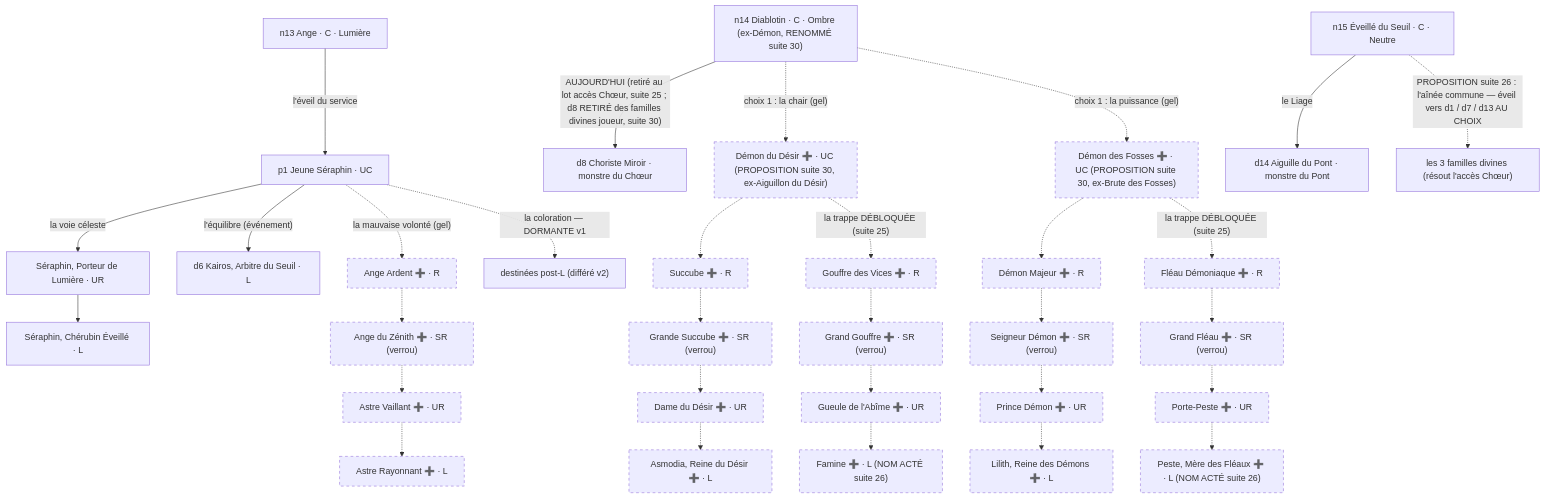
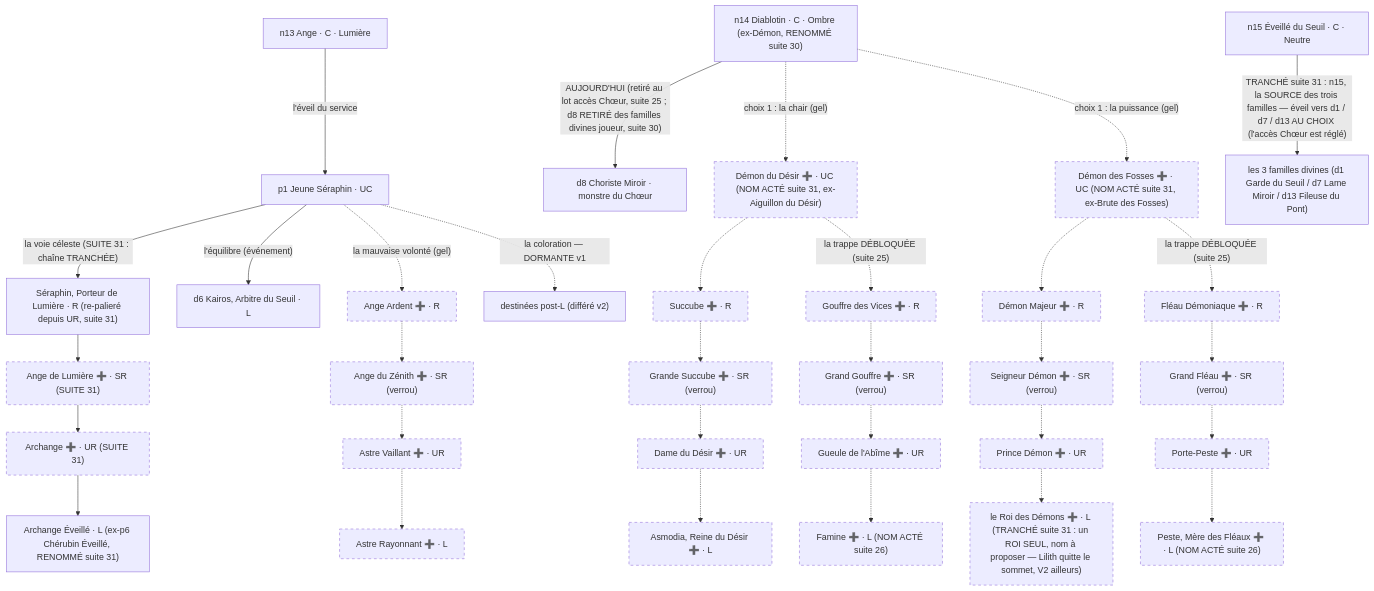
The sixth of 15 diagrams in docs/design/design-arbres-v18.md (mobize191/aicg-lignees), drawn with Mermaid before and after one commit. The commit also changed other lines of this file and 5 other files, not shown here.

````diff
--- a/docs/design/design-arbres-v18.md
+++ b/docs/design/design-arbres-v18.md
@@ -416,35 +429,36 @@
 ```mermaid
 flowchart TD
   N13["n13 Ange · C · Lumière"] -->|"l'éveil du service"| P1["p1 Jeune Séraphin · UC"]
-  P1 -->|"la voie céleste"| P5["Séraphin, Porteur de Lumière · UR"]
-  P5 --> P6["Séraphin, Chérubin Éveillé · L"]
+  P1 -->|"la voie céleste (SUITE 31 : chaîne TRANCHÉE)"| P5["Séraphin, Porteur de Lumière · R (re-palieré depuis UR, suite 31)"]
+  P5 --> AL1["Ange de Lumière ➕ · SR (SUITE 31)"]
+  AL1 --> AR1["Archange ➕ · UR (SUITE 31)"]
+  AR1 --> P6["Archange Éveillé · L (ex-p6 Chérubin Éveillé, RENOMMÉ suite 31)"]
   P1 -->|"l'équilibre (événement)"| D6["d6 Kairos, Arbitre du Seuil · L"]
   P1 -.->|"la mauvaise volonté (gel)"| AA1["Ange Ardent ➕ · R"]
   P1 -.->|"la coloration — DORMANTE v1"| X1["destinées post-L (différé v2)"]
   AA1 -.-> AA2["Ange du Zénith ➕ · SR (verrou)"]
   AA2 -.-> AA3["Astre Vaillant ➕ · UR"]
   AA3 -.-> AA4["Astre Rayonnant ➕ · L"]
   N14["n14 Diablotin · C · Ombre (ex-Démon, RENOMMÉ suite 30)"] -->|"AUJOURD'HUI (retiré au lot accès Chœur, suite 25 ; d8 RETIRÉ des familles divines joueur, suite 30)"| D8["d8 Choriste Miroir · monstre du Chœur"]
-  N14 -.->|"choix 1 : la chair (gel)"| DA1["Démon du Désir ➕ · UC (PROPOSITION suite 30, ex-Aiguillon du Désir)"]
-  N14 -.->|"choix 1 : la puissance (gel)"| DB1["Démon des Fosses ➕ · UC (PROPOSITION suite 30, ex-Brute des Fosses)"]
+  N14 -.->|"choix 1 : la chair (gel)"| DA1["Démon du Désir ➕ · UC (NOM ACTÉ suite 31, ex-Aiguillon du Désir)"]
+  N14 -.->|"choix 1 : la puissance (gel)"| DB1["Démon des Fosses ➕ · UC (NOM ACTÉ suite 31, ex-Brute des Fosses)"]
   DA1 -.-> DA2["Succube ➕ · R"]
   DA2 -.-> DA3["Grande Succube ➕ · SR (verrou)"]
   DA3 -.-> DA4["Dame du Désir ➕ · UR"]
   DA4 -.-> DA5["Asmodia, Reine du Désir ➕ · L"]
   DA1 -.->|"la trappe DÉBLOQUÉE (suite 25)"| DA6["Gouffre des Vices ➕ · R"]
   DA6 -.-> DA7["Grand Gouffre ➕ · SR (verrou)"]
   DA7 -.-> DA8["Gueule de l'Abîme ➕ · UR"]
   DA8 -.-> DA9["Famine ➕ · L (NOM ACTÉ suite 26)"]
   DB1 -.-> DB2["Démon Majeur ➕ · R"]
   DB2 -.-> DB3["Seigneur Démon ➕ · SR (verrou)"]
   DB3 -.-> DB4["Prince Démon ➕ · UR"]
-  DB4 -.-> DB5["Lilith, Reine des Démons ➕ · L"]
+  DB4 -.-> DB5["le Roi des Démons ➕ · L (TRANCHÉ suite 31 : un ROI SEUL, nom à proposer — Lilith quitte le sommet, V2 ailleurs)"]
   DB1 -.->|"la trappe DÉBLOQUÉE (suite 25)"| DB6["Fléau Démoniaque ➕ · R"]
   DB6 -.-> DB7["Grand Fléau ➕ · SR (verrou)"]
   DB7 -.-> DB8["Porte-Peste ➕ · UR"]
   DB8 -.-> DB9["Peste, Mère des Fléaux ➕ · L (NOM ACTÉ suite 26)"]
-  N15["n15 Éveillé du Seuil · C · Neutre"] -->|"le Liage"| D14["d14 Aiguille du Pont · monstre du Pont"]
-  N15 -.->|"PROPOSITION suite 26 : l'aînée commune — éveil vers d1 / d7 / d13 AU CHOIX"| X2["les 3 familles divines (résout l'accès Chœur)"]
+  N15["n15 Éveillé du Seuil · C · Neutre"] -->|"TRANCHÉ suite 31 : n15, la SOURCE des trois familles — éveil vers d1 / d7 / d13 AU CHOIX (l'accès Chœur est réglé)"| X2["les 3 familles divines (d1 Garde du Seuil / d7 Lame Miroir / d13 Fileuse du Pont)"]
   classDef gel stroke-dasharray: 5 5;
-  class AA1,AA2,AA3,AA4,DA1,DA2,DA3,DA4,DA5,DA6,DA7,DA8,DA9,DB1,DB2,DB3,DB4,DB5,DB6,DB7,DB8,DB9 gel;
+  class AA1,AA2,AA3,AA4,DA1,DA2,DA3,DA4,DA5,DA6,DA7,DA8,DA9,DB1,DB2,DB3,DB4,DB5,DB6,DB7,DB8,DB9,AL1,AR1 gel;
 ```
````
